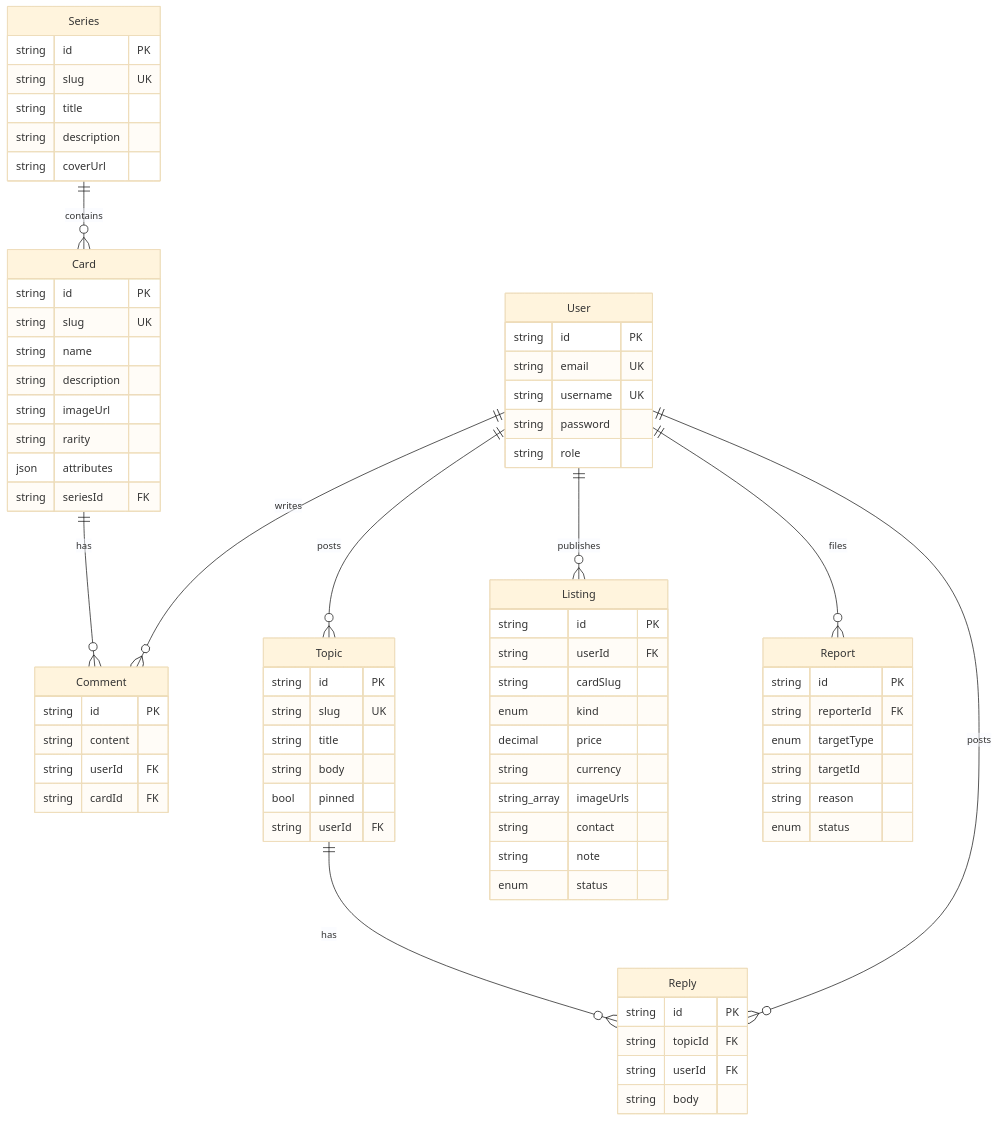
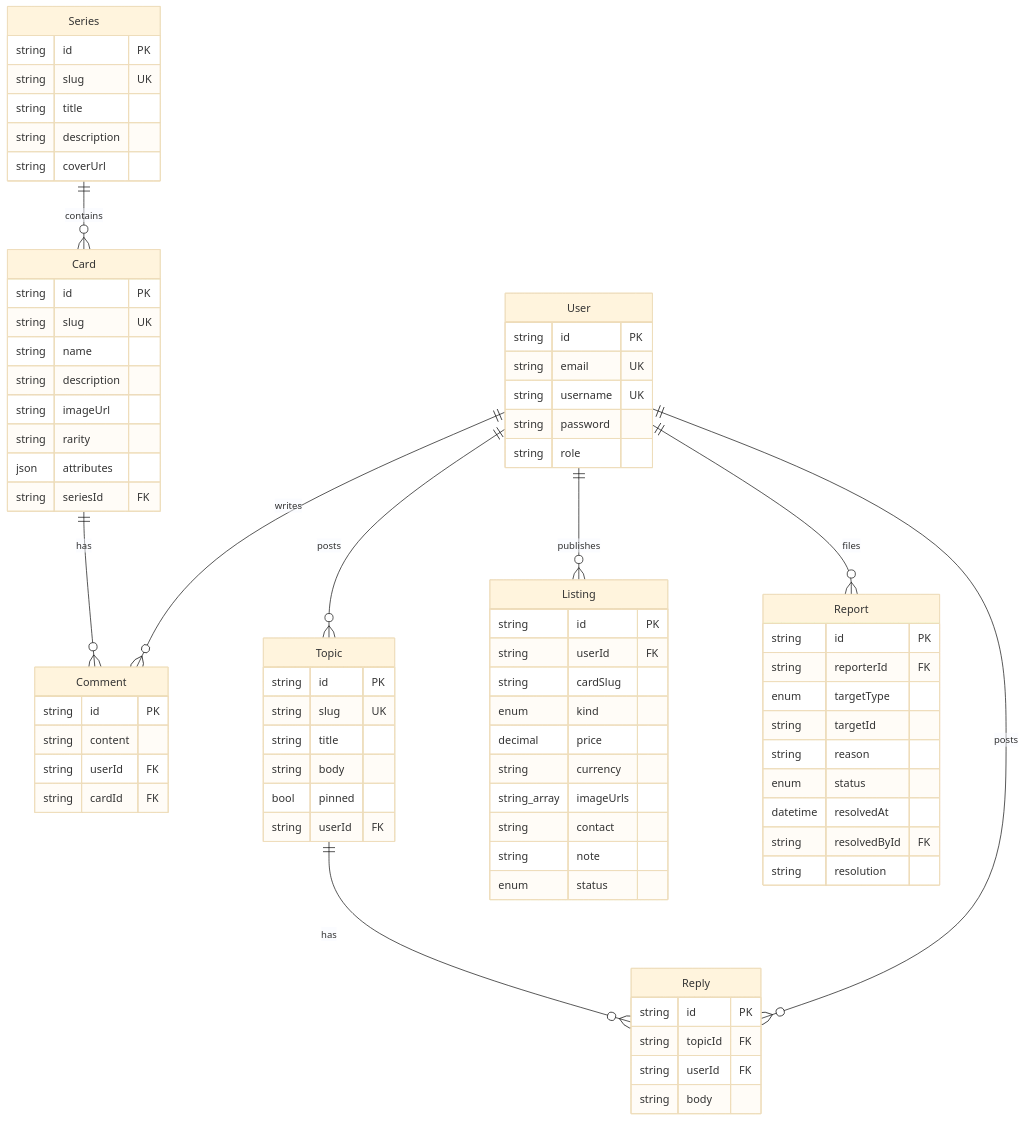
Before and after one commit to xv-jiaqi/multi-apps: the diagram in docs/Cardhub/feature-inventory.md, drawn with Mermaid (base theme). The commit also changed other lines of this file and 1 other file, not shown here.

````diff
--- a/docs/Cardhub/feature-inventory.md
+++ b/docs/Cardhub/feature-inventory.md
@@ -215,76 +217,79 @@
 ```mermaid
 erDiagram
   User ||--o{ Comment : writes
   User ||--o{ Topic : posts
   User ||--o{ Reply : posts
   User ||--o{ Listing : publishes
   User ||--o{ Report : files
   Series ||--o{ Card : contains
   Card ||--o{ Comment : has
   Topic ||--o{ Reply : has
 
   User {
     string id PK
     string email UK
     string username UK
     string password
     string role
   }
   Series {
     string id PK
     string slug UK
     string title
     string description
     string coverUrl
   }
   Card {
     string id PK
     string slug UK
     string name
     string description
     string imageUrl
     string rarity
     json attributes
     string seriesId FK
   }
   Comment {
     string id PK
     string content
     string userId FK
     string cardId FK
   }
   Topic {
     string id PK
     string slug UK
     string title
     string body
     bool pinned
     string userId FK
   }
   Reply {
     string id PK
     string topicId FK
     string userId FK
     string body
   }
   Listing {
     string id PK
     string userId FK
     string cardSlug
     enum kind
     decimal price
     string currency
     string_array imageUrls
     string contact
     string note
     enum status
   }
   Report {
     string id PK
     string reporterId FK
     enum targetType
     string targetId
     string reason
     enum status
+    datetime resolvedAt
+    string resolvedById FK
+    string resolution
   }
 ```
````
